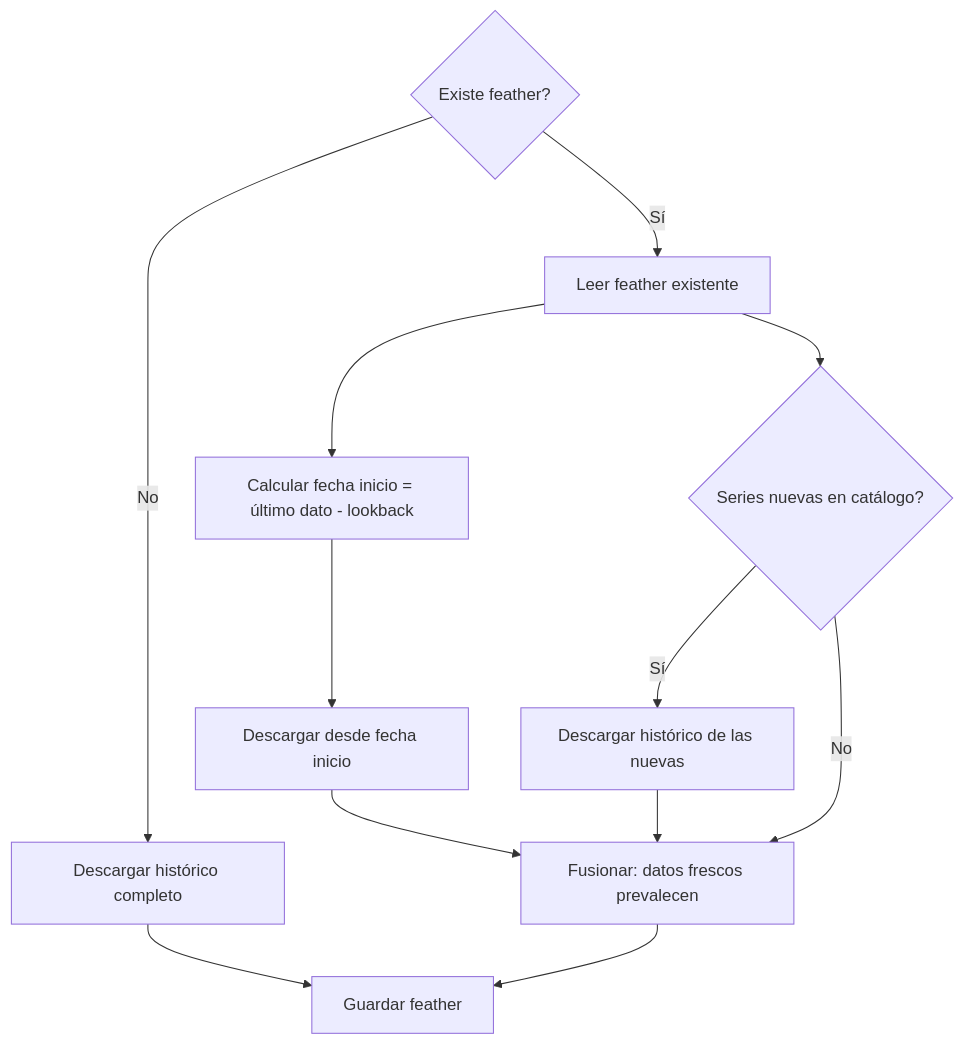
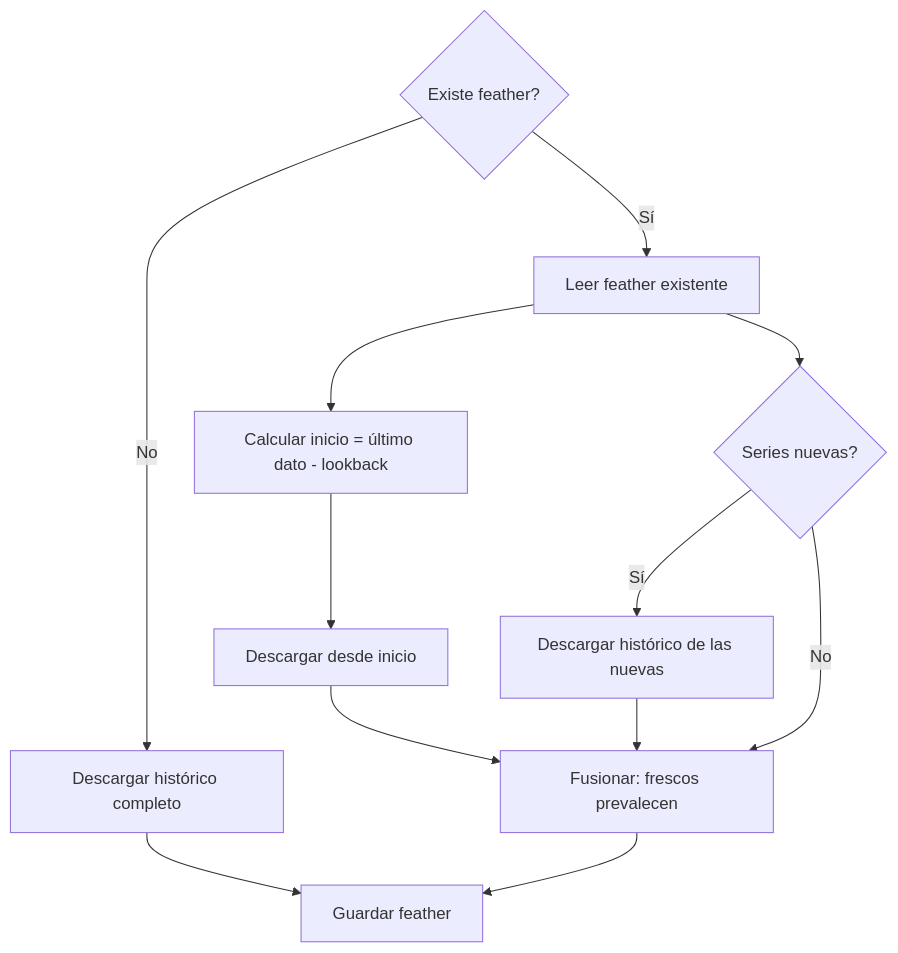
The second of 2 diagrams in docs/architecture.md (sgtyfianalisisfinanciero/situacion_financiera), drawn with Mermaid before and after one commit. The commit also changed other lines of this file and 29 other files, not shown here.

````diff
--- a/docs/architecture.md
+++ b/docs/architecture.md
@@ -137,14 +80,14 @@
 ```mermaid
 flowchart TD
     A{Existe feather?} -->|No| B[Descargar histórico completo]
     A -->|Sí| C[Leer feather existente]
-    C --> D[Calcular fecha inicio = último dato - lookback]
-    D --> E[Descargar desde fecha inicio]
-    E --> F[Fusionar: datos frescos prevalecen]
+    C --> D[Calcular inicio = último dato - lookback]
+    D --> E[Descargar desde inicio]
+    E --> F[Fusionar: frescos prevalecen]
     B --> G[Guardar feather]
     F --> G
-    C --> H{Series nuevas en catálogo?}
+    C --> H{Series nuevas?}
     H -->|Sí| I[Descargar histórico de las nuevas]
     I --> F
     H -->|No| F
 ```
````
